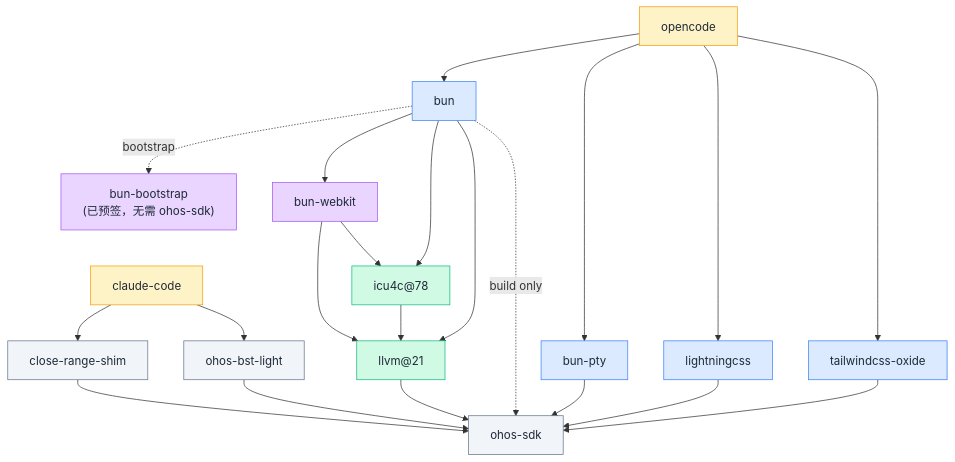
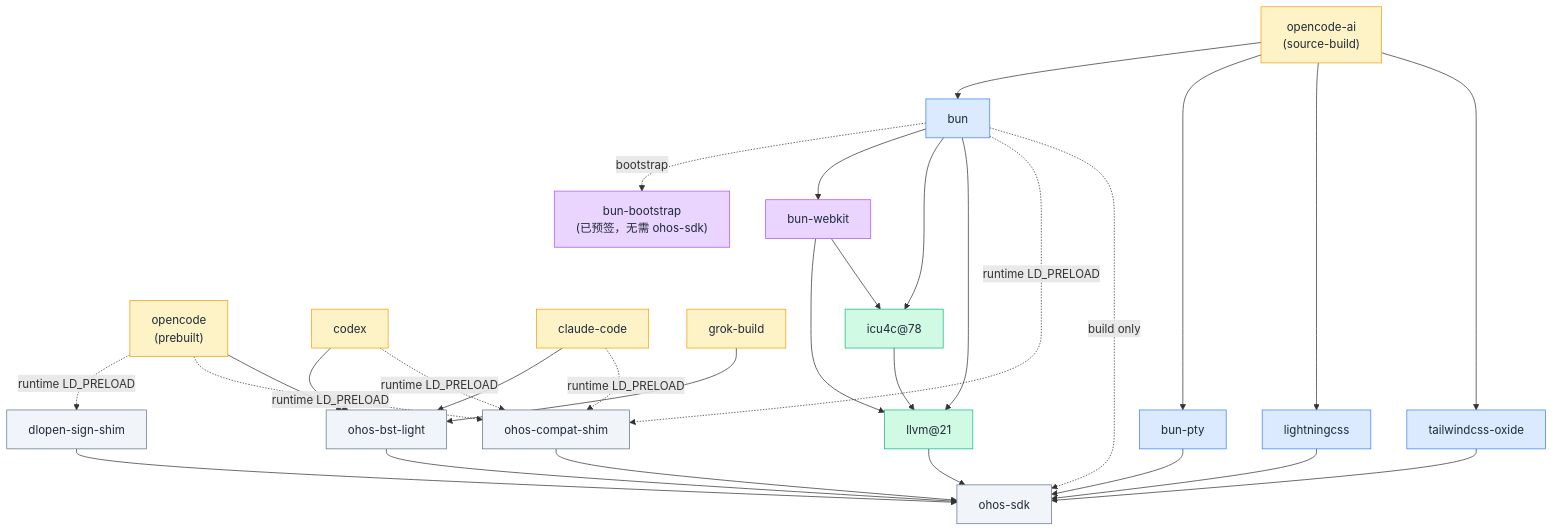
Before and after one commit to social4hyq/homebrew-core: the diagram in README.md, drawn with Mermaid. The commit also changed other lines of this file and 1 other file, not shown here.

First line of the commit message:
bun-webkit: repin to 4895f45dfb (upstream WEBKIT_VERSION bump), bottle r1

````diff
--- a/README.md
+++ b/README.md
@@ -92,51 +108,65 @@
 ```mermaid
 graph TD
     classDef app fill:#fef3c7,stroke:#f59e0b,color:#1f2937
     classDef rt fill:#dbeafe,stroke:#3b82f6,color:#1f2937
     classDef boot fill:#e9d5ff,stroke:#a855f7,color:#1f2937
     classDef tc fill:#d1fae5,stroke:#10b981,color:#1f2937
     classDef sdk fill:#f1f5f9,stroke:#64748b,color:#1f2937
 
-    opencode:::app
+    oc["opencode\n(prebuilt)"]:::app
+    ocai["opencode-ai\n(source-build)"]:::app
+    codex[codex]:::app
     cc[claude-code]:::app
+    grok[grok-build]:::app
 
     bun:::rt
     pty[bun-pty]:::rt
     lcss[lightningcss]:::rt
     tw[tailwindcss-oxide]:::rt
 
     bb["bun-bootstrap\n(已预签，无需 ohos-sdk)"]:::boot
     bw[bun-webkit]:::boot
 
     llvm["llvm@21"]:::tc
     icu["icu4c@78"]:::tc
 
     sdk[ohos-sdk]:::sdk
     obl[ohos-bst-light]:::sdk
-    crs[close-range-shim]:::sdk
+    ocs[ohos-compat-shim]:::sdk
+    dss[dlopen-sign-shim]:::sdk
 
-    opencode --> bun
-    opencode --> pty
-    opencode --> lcss
-    opencode --> tw
+    ocai --> bun
+    ocai --> pty
+    ocai --> lcss
+    ocai --> tw
+
+    oc -.->|runtime LD_PRELOAD| dss
+    oc -.->|runtime LD_PRELOAD| ocs
+    oc --> obl
 
     bun -.->|bootstrap| bb
     bun --> bw
     bun --> icu
     bun --> llvm
+    bun -.->|runtime LD_PRELOAD| ocs
 
     bw --> llvm
     bw --> icu
     icu --> llvm
 
     llvm --> sdk
     bun -.->|build only| sdk
     pty --> sdk
     lcss --> sdk
     tw --> sdk
 
-    cc --> crs
+    codex --> obl
+    codex -.->|runtime LD_PRELOAD| ocs
     cc --> obl
+    cc -.->|runtime LD_PRELOAD| ocs
+    grok --> obl
+
     obl --> sdk
-    crs --> sdk
+    ocs --> sdk
+    dss --> sdk
 ```
````
